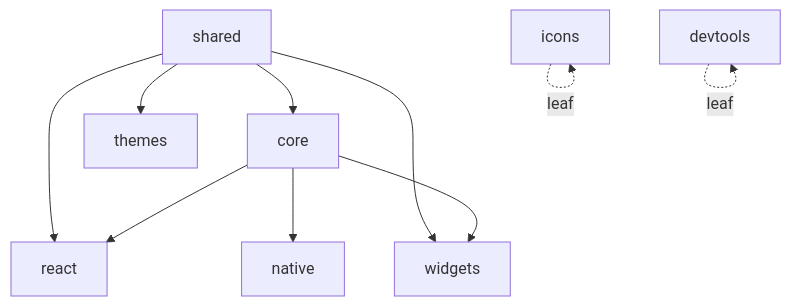
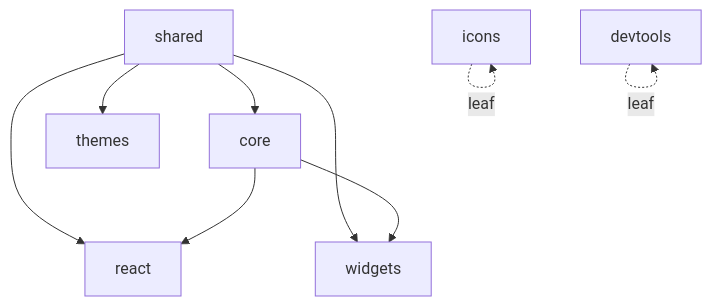
One commit to localfirstai/bettertui changed the second of 6 diagrams in docs/architecture/Overview.md. Above: the diagram before and after it, drawn with Mermaid. The commit also changed other lines of this file and 235 other files, not shown here.

First line of the commit message:
refactor: consolidate Rust engine + native bridge into packages/core

````diff
--- a/docs/architecture/Overview.md
+++ b/docs/architecture/Overview.md
@@ -81,20 +78,18 @@
 ```mermaid
 graph TD
     shared[shared]
     core[core]
     react[react]
-    native[native]
     widgets[widgets]
     themes[themes]
     icons[icons]
     devtools[devtools]
     shared --> core
     shared --> react
     shared --> themes
     shared --> widgets
     core --> react
-    core --> native
     core --> widgets
     icons -.leaf.-> icons
     devtools -.leaf.-> devtools
 ```
````
